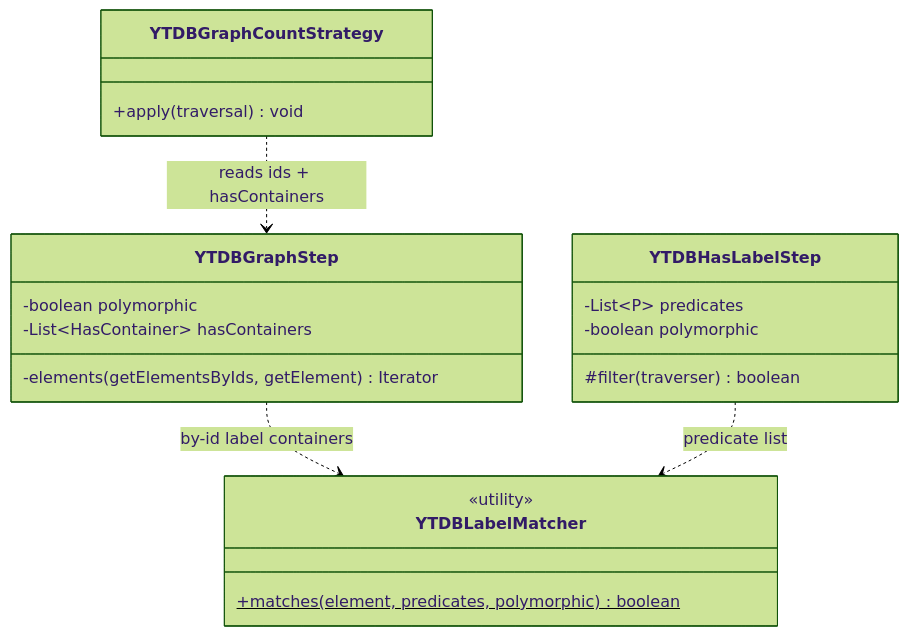
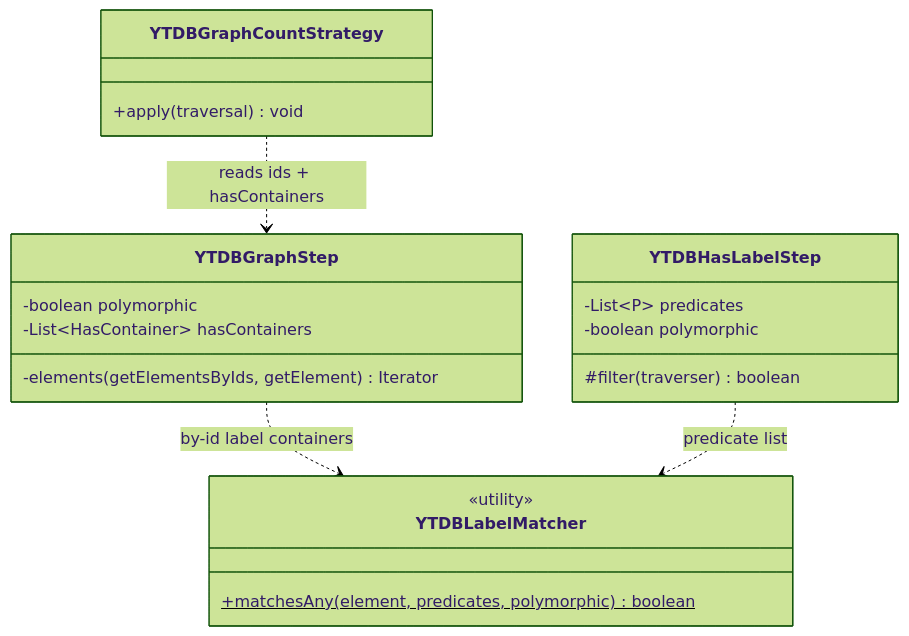
Before and after one commit to JetBrains/youtrackdb: the first of 2 diagrams in docs/adr/ytdb1159-gremlin-byid-subtype-fix/design-final.md, drawn with Mermaid (forest theme). The commit also changed other lines of this file and 4 other files, not shown here.

First line of the commit message:
Rename YTDBLabelMatcher.matches to matchesAny

````diff
--- a/docs/adr/ytdb1159-gremlin-byid-subtype-fix/design-final.md
+++ b/docs/adr/ytdb1159-gremlin-byid-subtype-fix/design-final.md
@@ -59,23 +59,23 @@
 ```mermaid
 classDiagram
     class YTDBGraphStep {
         -boolean polymorphic
         -List~HasContainer~ hasContainers
         -elements(getElementsByIds, getElement) Iterator
     }
     class YTDBHasLabelStep {
         -List~P~ predicates
         -boolean polymorphic
         #filter(traverser) boolean
     }
     class YTDBLabelMatcher {
         <<utility>>
-        +matches(element, predicates, polymorphic)$ boolean
+        +matchesAny(element, predicates, polymorphic)$ boolean
     }
     class YTDBGraphCountStrategy {
         +apply(traversal) void
     }
     YTDBGraphStep ..> YTDBLabelMatcher : by-id label containers
     YTDBHasLabelStep ..> YTDBLabelMatcher : predicate list
     YTDBGraphCountStrategy ..> YTDBGraphStep : reads ids + hasContainers
 ```
````
